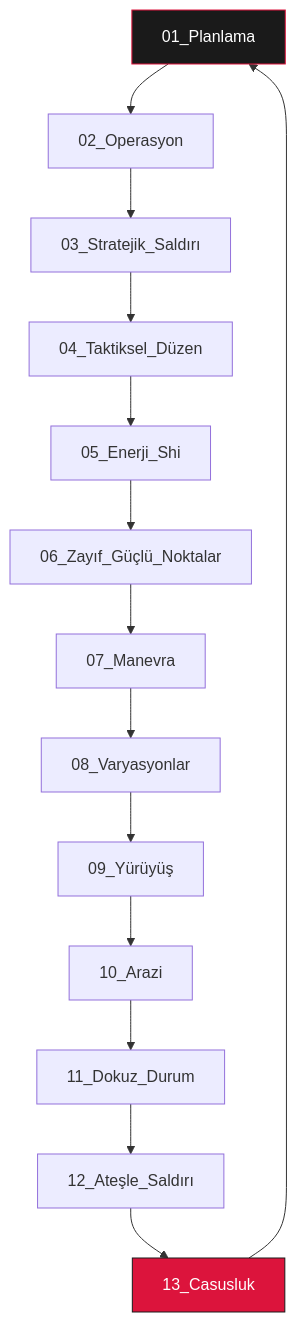
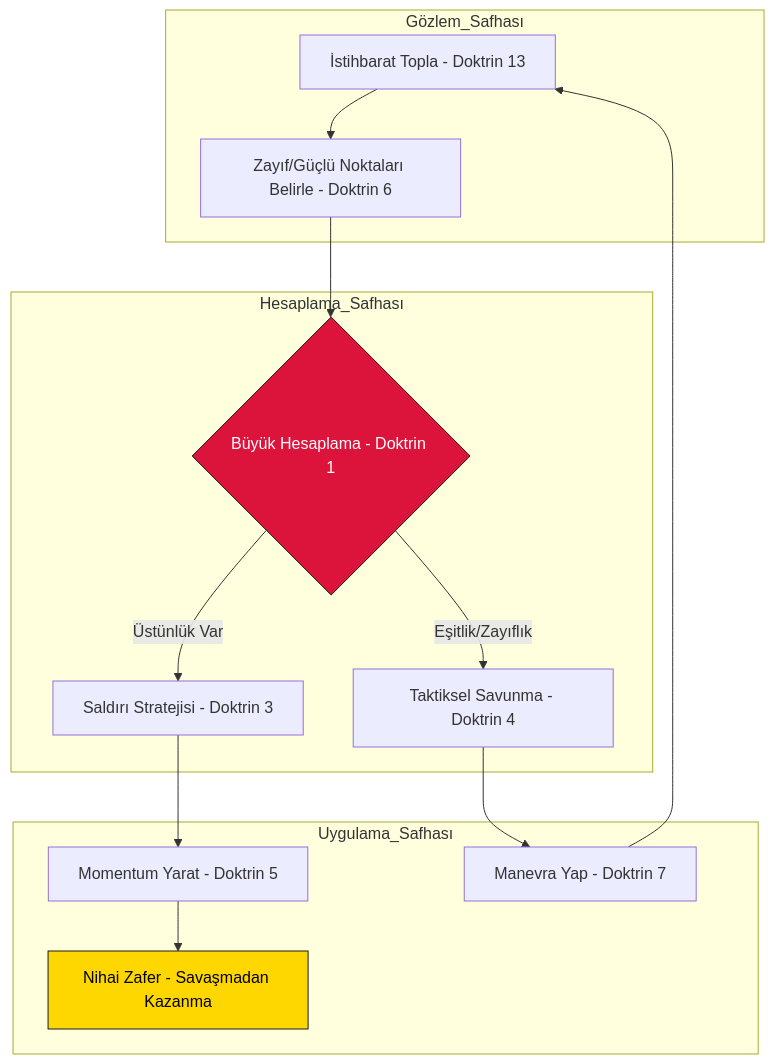
The diagram in README.md (arch-yunus/Sun-Tzu-Mastery-The-Art-of-War), drawn with Mermaid before and after one commit. The commit also changed other lines of this file and 4 other files, not shown here.

````diff
--- a/README.md
+++ b/README.md
@@ -35,18 +44,22 @@
 ```mermaid
 graph TD
-    A[01_Planlama] --> B[02_Operasyon]
-    B --> C[03_Stratejik_Saldırı]
-    C --> D[04_Taktiksel_Düzen]
-    D --> E[05_Enerji_Shi]
-    E --> F[06_Zayıf_Güçlü_Noktalar]
-    F --> G[07_Manevra]
-    G --> H[08_Varyasyonlar]
-    H --> I[09_Yürüyüş]
-    I --> J[10_Arazi]
-    J --> K[11_Dokuz_Durum]
-    K --> L[12_Ateşle_Saldırı]
-    L --> M[13_Casusluk]
-    M --> A
-    style A fill:#1a1a1a,stroke:#dc143c,color:#fff
-    style M fill:#dc143c,stroke:#1a1a1a,color:#fff
+    subgraph Gözlem_Safhası
+    A[İstihbarat Topla - Doktrin 13] --> B[Zayıf/Güçlü Noktaları Belirle - Doktrin 6]
+    end
+    
+    subgraph Hesaplama_Safhası
+    B --> C{Büyük Hesaplama - Doktrin 1}
+    C -- "Üstünlük Var" --> D[Saldırı Stratejisi - Doktrin 3]
+    C -- "Eşitlik/Zayıflık" --> E[Taktiksel Savunma - Doktrin 4]
+    end
+    
+    subgraph Uygulama_Safhası
+    D --> F[Momentum Yarat - Doktrin 5]
+    E --> G[Manevra Yap - Doktrin 7]
+    F --> H[Nihai Zafer - Savaşmadan Kazanma]
+    G --> A
+    end
+    
+    style C fill:#dc143c,stroke:#1a1a1a,color:#fff
+    style H fill:#ffd700,stroke:#1a1a1a,color:#000
 ```
````
